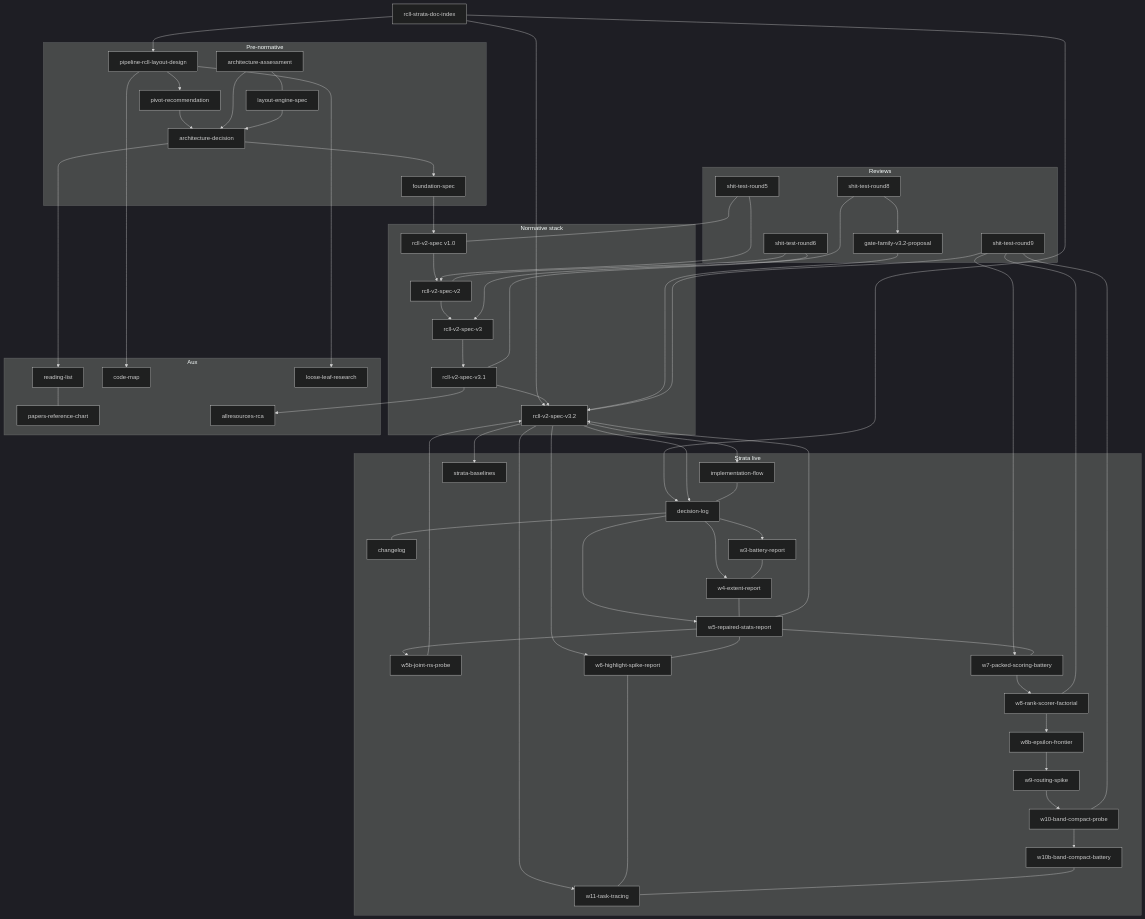
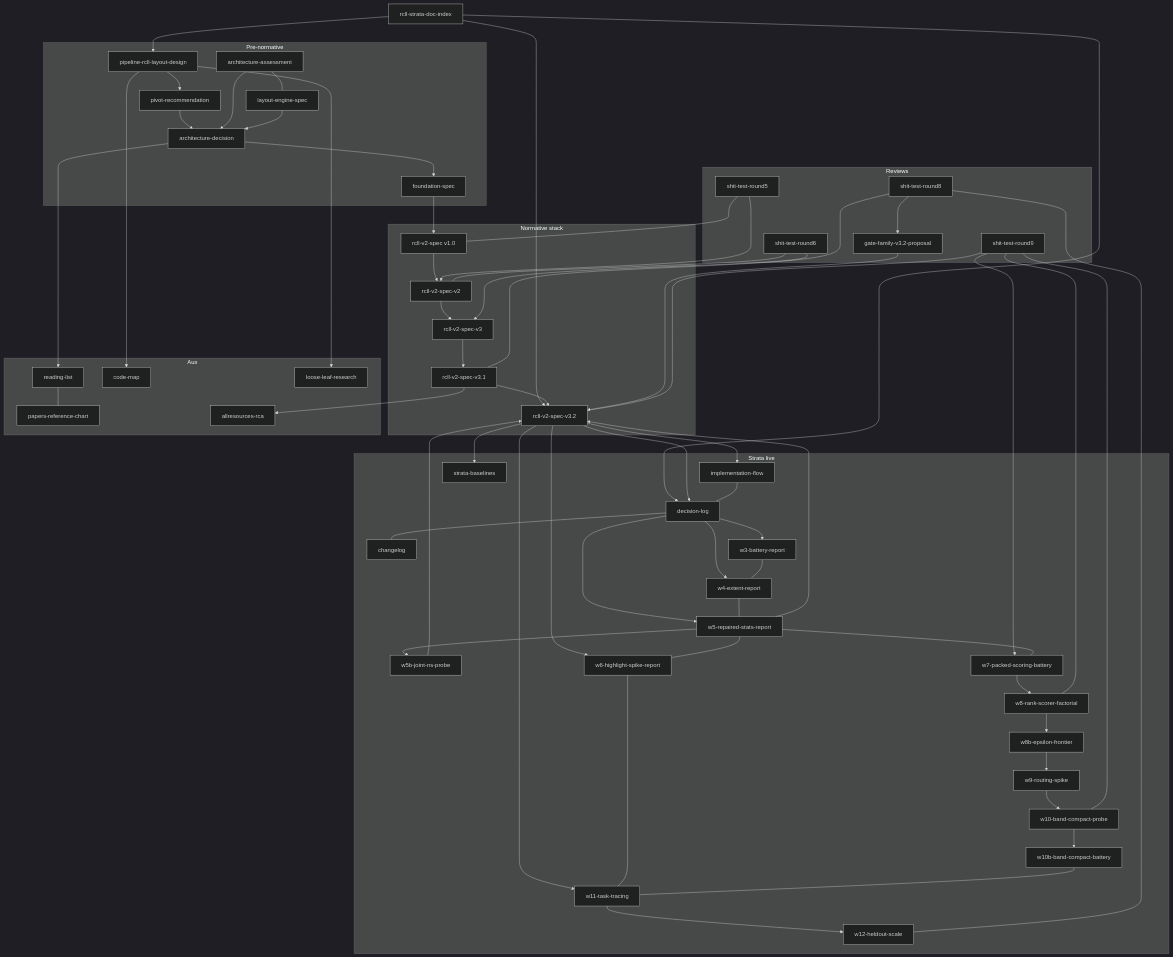
The diagram in docs/rcll-strata-doc-index.md (TusharSariya/excalidraw-tf), drawn with Mermaid (dark theme) before and after one commit. The commit also changed other lines of this file and 6 other files, not shown here.

```diff
--- a/docs/rcll-strata-doc-index.md
+++ b/docs/rcll-strata-doc-index.md
@@ -143,6 +144,7 @@
     W10[w10-band-compact-probe]
     W10b[w10b-band-compact-battery]
     W11[w11-task-tracing]
+    W12[w12-heldout-scale]
     Base[strata-baselines]
   end
 
@@ -204,6 +206,8 @@
   V32 --> W11
   W6 --- W11
   W10b --- W11
+  W11 --> W12
+  R8 --- W12
   V32 --> Base
 
   ArchDec --> ReadList
```
